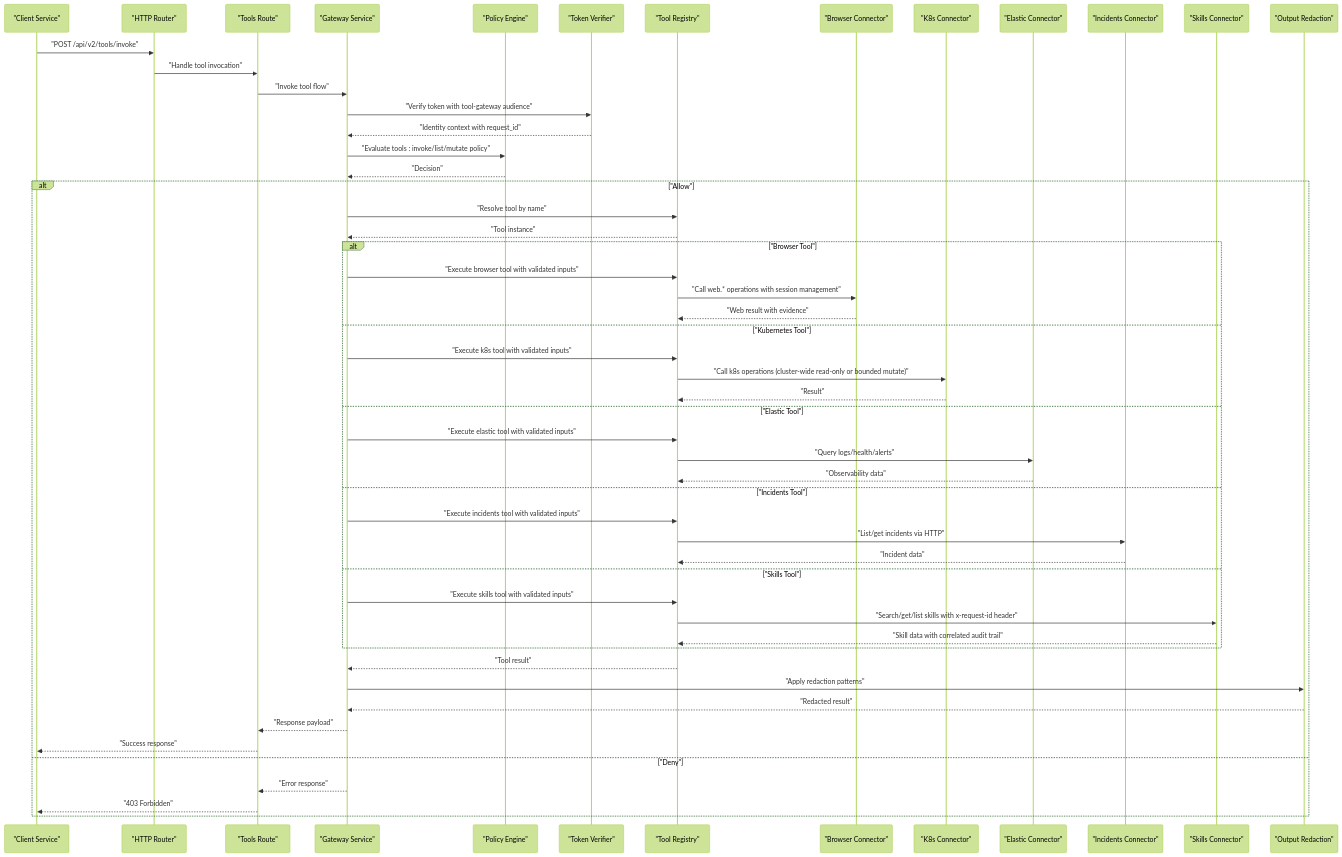
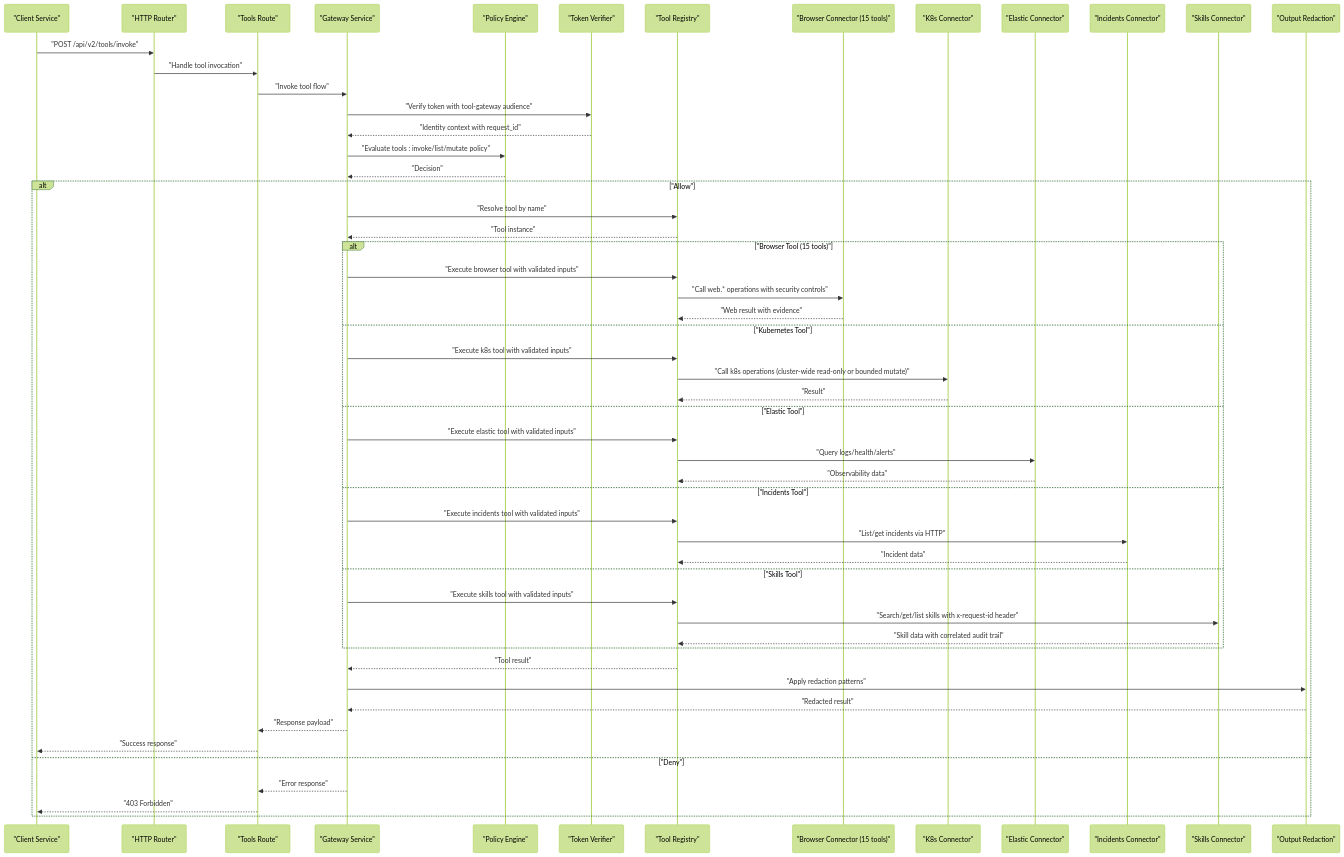
Before and after one commit to metasync/luban-aiops: the second of 14 diagrams in .qoder/repowiki/en/content/Tool Gateway Service/Tool Gateway Service.md, drawn with Mermaid (forest theme). The commit also changed other lines of this file and 109 other files, not shown here.

````diff
--- a/.qoder/repowiki/en/content/Tool Gateway Service/Tool Gateway Service.md
+++ b/.qoder/repowiki/en/content/Tool Gateway Service/Tool Gateway Service.md
@@ -233,56 +232,56 @@
 ```mermaid
 sequenceDiagram
 participant Client as "Client Service"
 participant Router as "HTTP Router"
 participant ToolsRoute as "Tools Route"
 participant Gateway as "Gateway Service"
 participant Policy as "Policy Engine"
 participant Token as "Token Verifier"
 participant Registry as "Tool Registry"
-participant Browser as "Browser Connector"
+participant Browser as "Browser Connector (15 tools)"
 participant K8s as "K8s Connector"
 participant Elastic as "Elastic Connector"
 participant Incidents as "Incidents Connector"
 participant Skills as "Skills Connector"
 participant Redaction as "Output Redaction"
 Client->>Router : "POST /api/v2/tools/invoke"
 Router->>ToolsRoute : "Handle tool invocation"
 ToolsRoute->>Gateway : "Invoke tool flow"
 Gateway->>Token : "Verify token with tool-gateway audience"
 Token-->>Gateway : "Identity context with request_id"
 Gateway->>Policy : "Evaluate tools : invoke/list/mutate policy"
 Policy-->>Gateway : "Decision"
 alt "Allow"
 Gateway->>Registry : "Resolve tool by name"
 Registry-->>Gateway : "Tool instance"
-alt "Browser Tool"
+alt "Browser Tool (15 tools)"
 Gateway->>Registry : "Execute browser tool with validated inputs"
-Registry->>Browser : "Call web.* operations with session management"
+Registry->>Browser : "Call web.* operations with security controls"
 Browser-->>Registry : "Web result with evidence"
 else "Kubernetes Tool"
 Gateway->>Registry : "Execute k8s tool with validated inputs"
 Registry->>K8s : "Call k8s operations (cluster-wide read-only or bounded mutate)"
 K8s-->>Registry : "Result"
 else "Elastic Tool"
 Gateway->>Registry : "Execute elastic tool with validated inputs"
 Registry->>Elastic : "Query logs/health/alerts"
 Elastic-->>Registry : "Observability data"
 else "Incidents Tool"
 Gateway->>Registry : "Execute incidents tool with validated inputs"
 Registry->>Incidents : "List/get incidents via HTTP"
 Incidents-->>Registry : "Incident data"
 else "Skills Tool"
 Gateway->>Registry : "Execute skills tool with validated inputs"
 Registry->>Skills : "Search/get/list skills with x-request-id header"
 Skills-->>Registry : "Skill data with correlated audit trail"
 end
 Registry-->>Gateway : "Tool result"
 Gateway->>Redaction : "Apply redaction patterns"
 Redaction-->>Gateway : "Redacted result"
 Gateway-->>ToolsRoute : "Response payload"
 ToolsRoute-->>Client : "Success response"
 else "Deny"
 Gateway-->>ToolsRoute : "Error response"
 ToolsRoute-->>Client : "403 Forbidden"
 end
 ```
````
